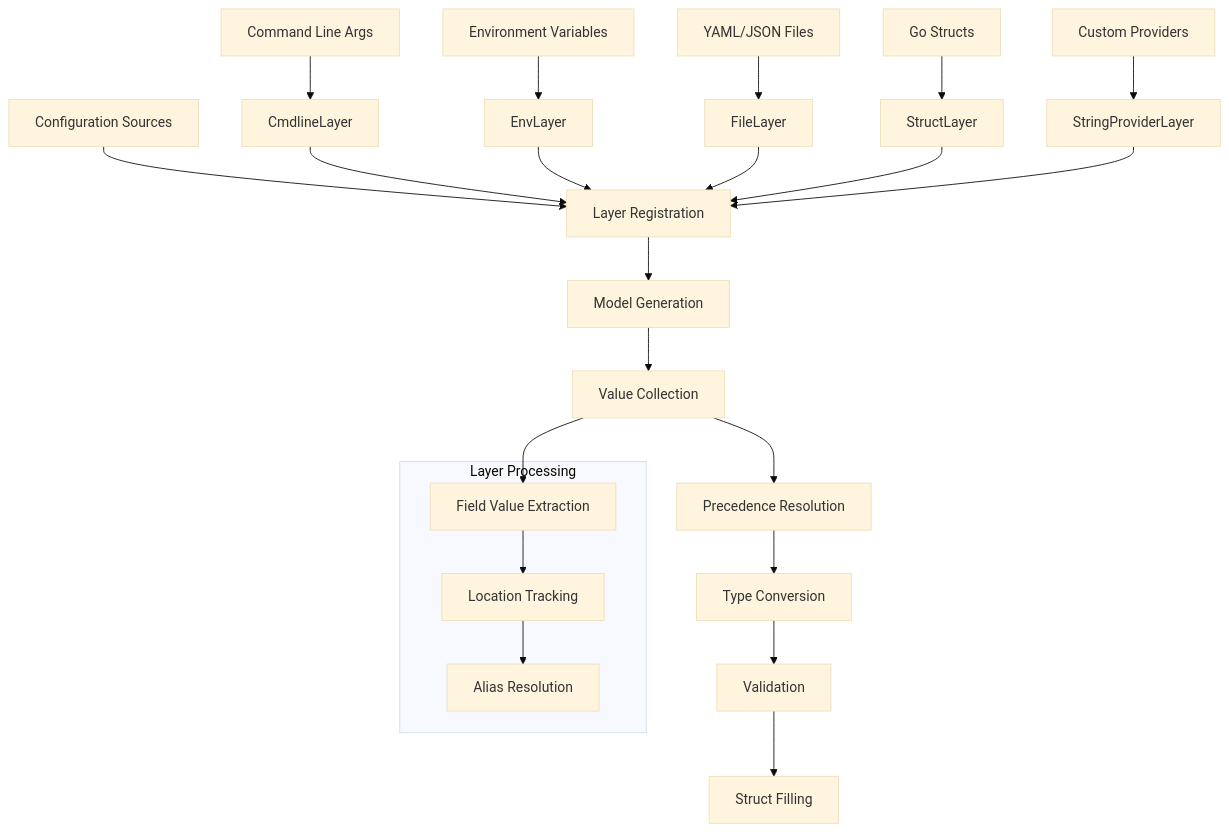
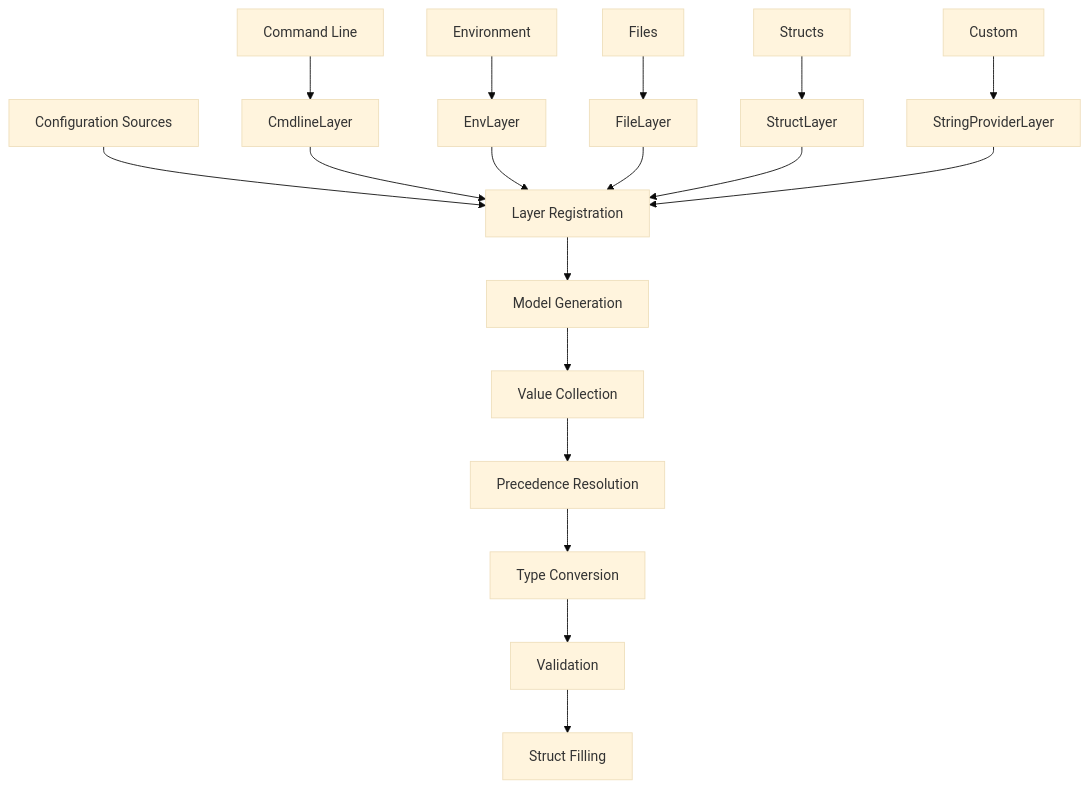
One commit to byte4ever/dsco changed the diagram in README.md. Above: the diagram before and after it, drawn with Mermaid (base theme). The commit also changed other lines of this file and 107 other files, not shown here.

````diff
--- a/README.md
+++ b/README.md
@@ -273,32 +509,22 @@
 ```mermaid
 graph TB
     A[Configuration Sources] --> B[Layer Registration]
     B --> C[Model Generation]
     C --> D[Value Collection]
     D --> E[Precedence Resolution]
     E --> F[Type Conversion]
     F --> G[Validation]
     G --> H[Struct Filling]
 
-    A1[Command Line Args] --> B1[CmdlineLayer]
-    A2[Environment Variables] --> B2[EnvLayer]
-    A3[YAML/JSON Files] --> B3[FileLayer]
-    A4[Go Structs] --> B4[StructLayer]
-    A5[Custom Providers] --> B5[StringProviderLayer]
+    A1[Command Line] --> B1[CmdlineLayer]
+    A2[Environment] --> B2[EnvLayer]
+    A3[Files] --> B3[FileLayer]
+    A4[Structs] --> B4[StructLayer]
+    A5[Custom] --> B5[StringProviderLayer]
 
     B1 --> B
     B2 --> B
     B3 --> B
     B4 --> B
     B5 --> B
-
-    subgraph "Layer Processing"
-        D1[Field Value Extraction]
-        D2[Location Tracking]
-        D3[Alias Resolution]
-    end
-
-    D --> D1
-    D1 --> D2
-    D2 --> D3
 ```
````
